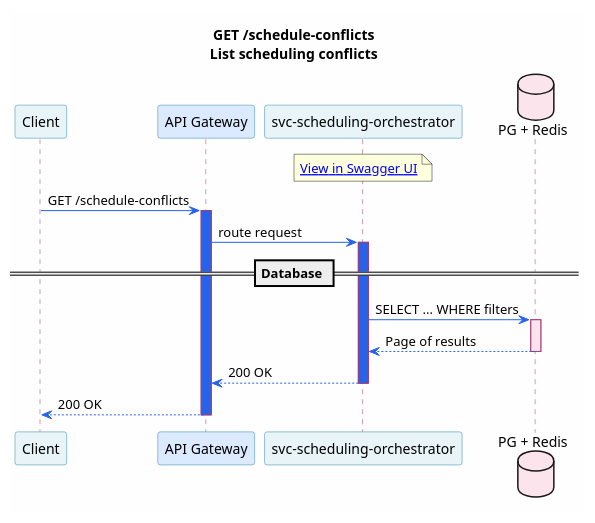
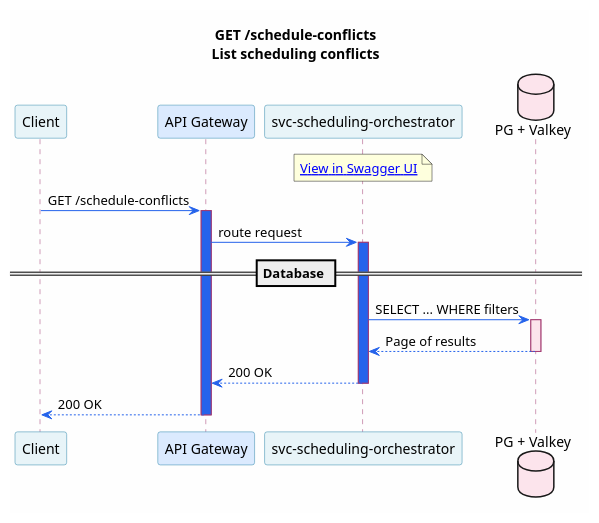
The diagram in portal/site/microservices/puml/svc-scheduling-orchestrator--get-schedule-conflicts.puml (christopherblaisdell/continuous-architecture-platform-poc), drawn with PlantUML before and after one commit. The commit also changed 188 other files, not shown here.

Commit message:
added more complex sequence diagrams

```diff
--- a/portal/site/microservices/puml/svc-scheduling-orchestrator--get-schedule-conflicts.puml
+++ b/portal/site/microservices/puml/svc-scheduling-orchestrator--get-schedule-conflicts.puml
@@ -1,45 +1,45 @@
 @startuml svc-scheduling-orchestrator--get-schedule-conflicts
 
 skinparam backgroundColor #FEFEFE
 skinparam shadowing false
 skinparam defaultFontName "Segoe UI"
 skinparam sequence {
     ArrowColor #2563eb
     ParticipantBorderColor #2E86AB
     ParticipantBackgroundColor #E8F4F8
     LifeLineBorderColor #A23B72
     BoxBorderColor #F18F01
     BoxBackgroundColor #FFF8F0
     NoteBorderColor #c77b30
     NoteBackgroundColor #FEF3E7
 }
 
 title GET /schedule-conflicts\nList scheduling conflicts
 
 participant "Client" as Client
 participant "API Gateway" as GW #DBEAFE
 participant "svc-scheduling-orchestrator" as Svc [[/microservices/svc-scheduling-orchestrator/]] #E8F4F8
-database "PG + Redis" as DB #FCE4EC
+database "PG + Valkey" as DB #FCE4EC
 
 note over Svc
   [[/services/api/svc-scheduling-orchestrator.html View in Swagger UI]]
 end note
 
 Client -> GW : GET /schedule-conflicts
 activate GW #2563eb
 GW -> Svc : route request
 activate Svc #2563eb
 
 == Database ==
 
 Svc -> DB : SELECT ... WHERE filters
 activate DB #FCE4EC
 DB --> Svc : Page of results
 deactivate DB
 
 Svc --> GW : 200 OK
 deactivate Svc
 GW --> Client : 200 OK
 deactivate GW
 
 @enduml
```
